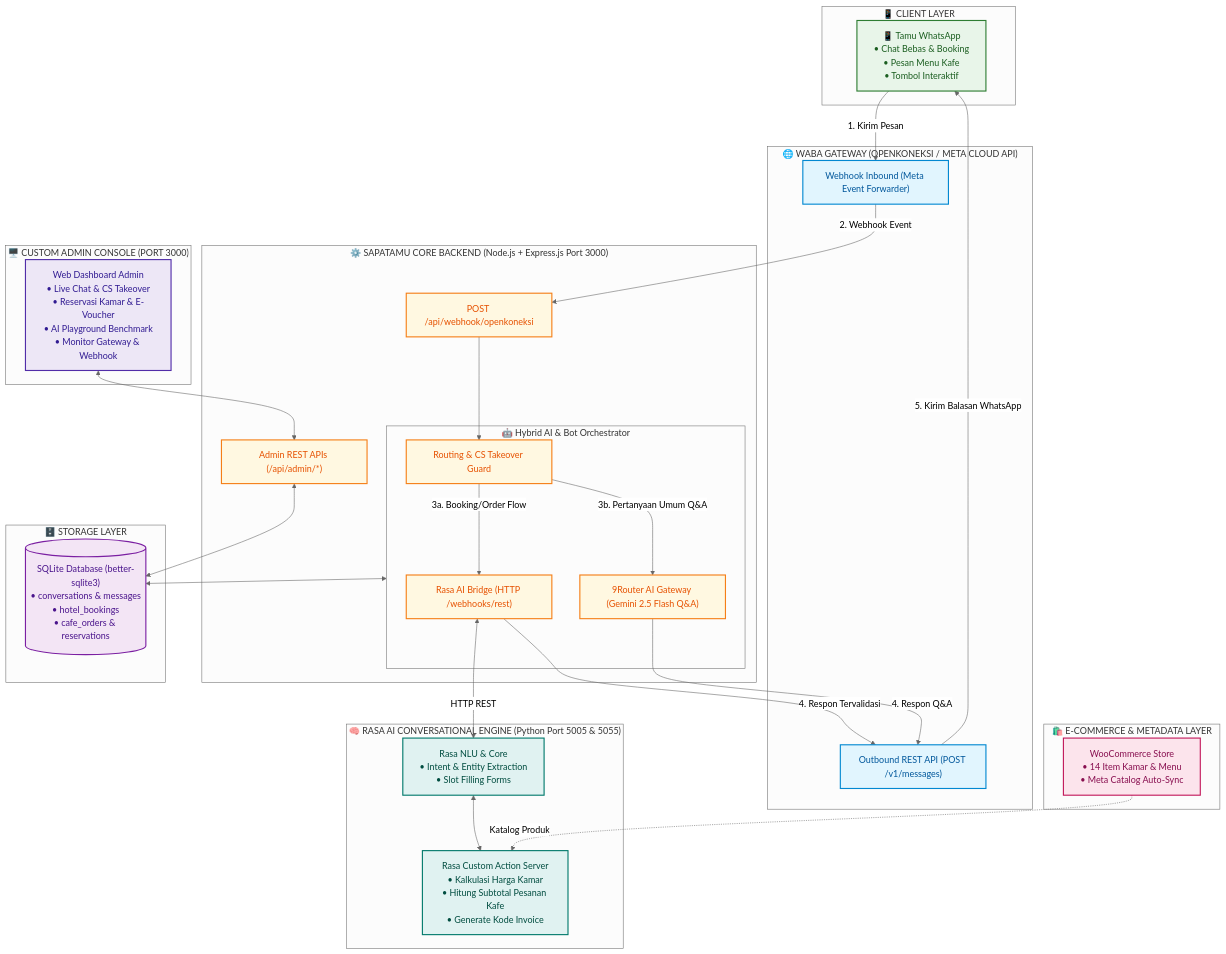
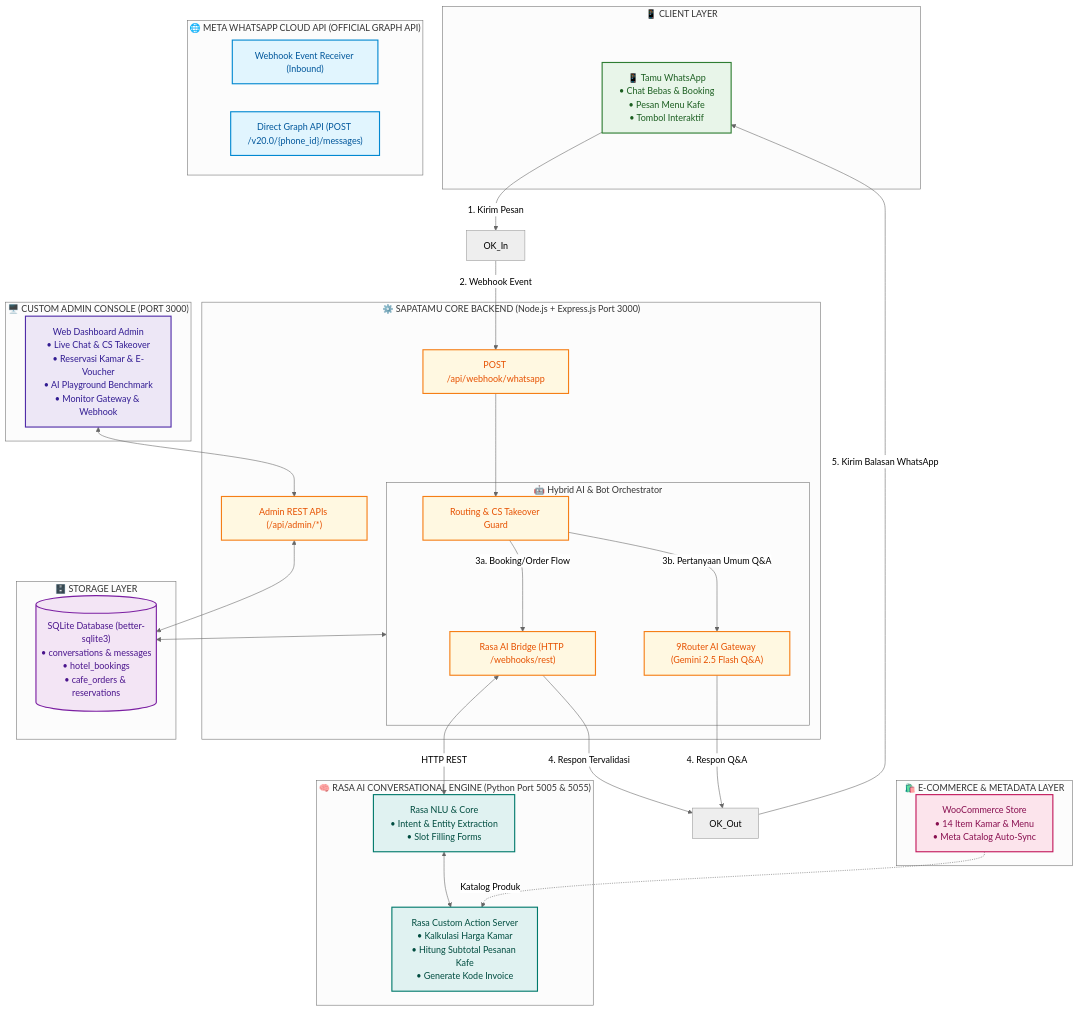
One commit to keefalegends/SapaTamu changed the diagram in README.md. Above: the diagram before and after it, drawn with Mermaid (neutral theme). The commit also changed other lines of this file and 14 other files, not shown here.

Commit message:
refactor(gateway): hapus total OpenKoneksi dan transisi penuh ke Meta WhatsApp Cloud API resmi (whatsappClient)

````diff
--- a/README.md
+++ b/README.md
@@ -8,65 +8,65 @@
 ```mermaid
 flowchart TD
     classDef clientStyle fill:#e8f5e9,stroke:#2e7d32,stroke-width:2px,color:#1b5e20;
     classDef gatewayStyle fill:#e1f5fe,stroke:#0288d1,stroke-width:2px,color:#01579b;
     classDef backendStyle fill:#fff8e1,stroke:#f57f17,stroke-width:2px,color:#e65100;
     classDef rasaStyle fill:#e0f2f1,stroke:#00796b,stroke-width:2px,color:#004d40;
     classDef dbStyle fill:#f3e5f5,stroke:#7b1fa2,stroke-width:2px,color:#4a148c;
     classDef adminStyle fill:#ede7f6,stroke:#512da8,stroke-width:2px,color:#311b92;
     classDef storeStyle fill:#fce4ec,stroke:#c2185b,stroke-width:2px,color:#880e4f;
 
     subgraph ClientLayer ["📱 CLIENT LAYER"]
         User["📱 Tamu WhatsApp\n• Chat Bebas & Booking\n• Pesan Menu Kafe\n• Tombol Interaktif"]:::clientStyle
     end
 
-    subgraph GatewayLayer ["🌐 WABA GATEWAY (OPENKONEKSI / META CLOUD API)"]
-        OK_In["Webhook Inbound (Meta Event Forwarder)"]:::gatewayStyle
-        OK_Out["Outbound REST API (POST /v1/messages)"]:::gatewayStyle
+    subgraph GatewayLayer ["🌐 META WHATSAPP CLOUD API (OFFICIAL GRAPH API)"]
+        Meta_In["Webhook Event Receiver (Inbound)"]:::gatewayStyle
+        Meta_Out["Direct Graph API (POST /v20.0/{phone_id}/messages)"]:::gatewayStyle
     end
 
     subgraph BackendLayer ["⚙️ SAPATAMU CORE BACKEND (Node.js + Express.js Port 3000)"]
-        Receiver["POST /api/webhook/openkoneksi"]:::backendStyle
+        Receiver["POST /api/webhook/whatsapp"]:::backendStyle
         
         subgraph Engine ["🤖 Hybrid AI & Bot Orchestrator"]
             Router["Routing & CS Takeover Guard"]:::backendStyle
             RasaBridge["Rasa AI Bridge (HTTP /webhooks/rest)"]:::backendStyle
             Gemini["9Router AI Gateway (Gemini 2.5 Flash Q&A)"]:::backendStyle
         end
 
         AdminAPI["Admin REST APIs (/api/admin/*)"]:::backendStyle
     end
 
     subgraph RasaLayer ["🧠 RASA AI CONVERSATIONAL ENGINE (Python Port 5005 & 5055)"]
         RasaCore["Rasa NLU & Core\n• Intent & Entity Extraction\n• Slot Filling Forms"]:::rasaStyle
         RasaActions["Rasa Custom Action Server\n• Kalkulasi Harga Kamar\n• Hitung Subtotal Pesanan Kafe\n• Generate Kode Invoice"]:::rasaStyle
     end
 
     subgraph StoreLayer ["🛍️ E-COMMERCE & METADATA LAYER"]
         Woo["WooCommerce Store\n• 14 Item Kamar & Menu\n• Meta Catalog Auto-Sync"]:::storeStyle
     end
 
     subgraph DBLayer ["🗄️ STORAGE LAYER"]
         DB[("SQLite Database (better-sqlite3)\n• conversations & messages\n• hotel_bookings\n• cafe_orders & reservations")]:::dbStyle
     end
 
     subgraph AdminLayer ["🖥️ CUSTOM ADMIN CONSOLE (PORT 3000)"]
         UI["Web Dashboard Admin\n• Live Chat & CS Takeover\n• Reservasi Kamar & E-Voucher\n• AI Playground Benchmark\n• Monitor Gateway & Webhook"]:::adminStyle
     end
 
     User -->|"1. Kirim Pesan"| OK_In
     OK_In -->|"2. Webhook Event"| Receiver
     Receiver --> Router
     Router -->|"3a. Booking/Order Flow"| RasaBridge
     RasaBridge <-->|"HTTP REST"| RasaCore
     RasaCore <--> RasaActions
     Router -->|"3b. Pertanyaan Umum Q&A"| Gemini
     
     RasaBridge -->|"4. Respon Tervalidasi"| OK_Out
     Gemini -->|"4. Respon Q&A"| OK_Out
     OK_Out -->|"5. Kirim Balasan WhatsApp"| User
     
     Engine <--> DB
     AdminAPI <--> DB
     UI <--> AdminAPI
     Woo -.->|"Katalog Produk"| RasaActions
 ```
````
